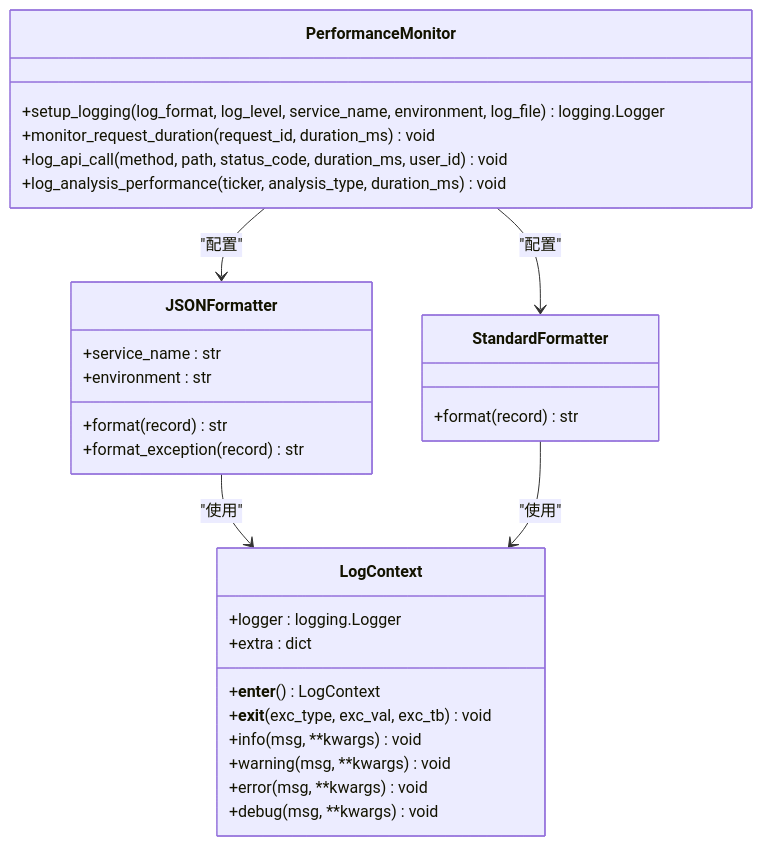
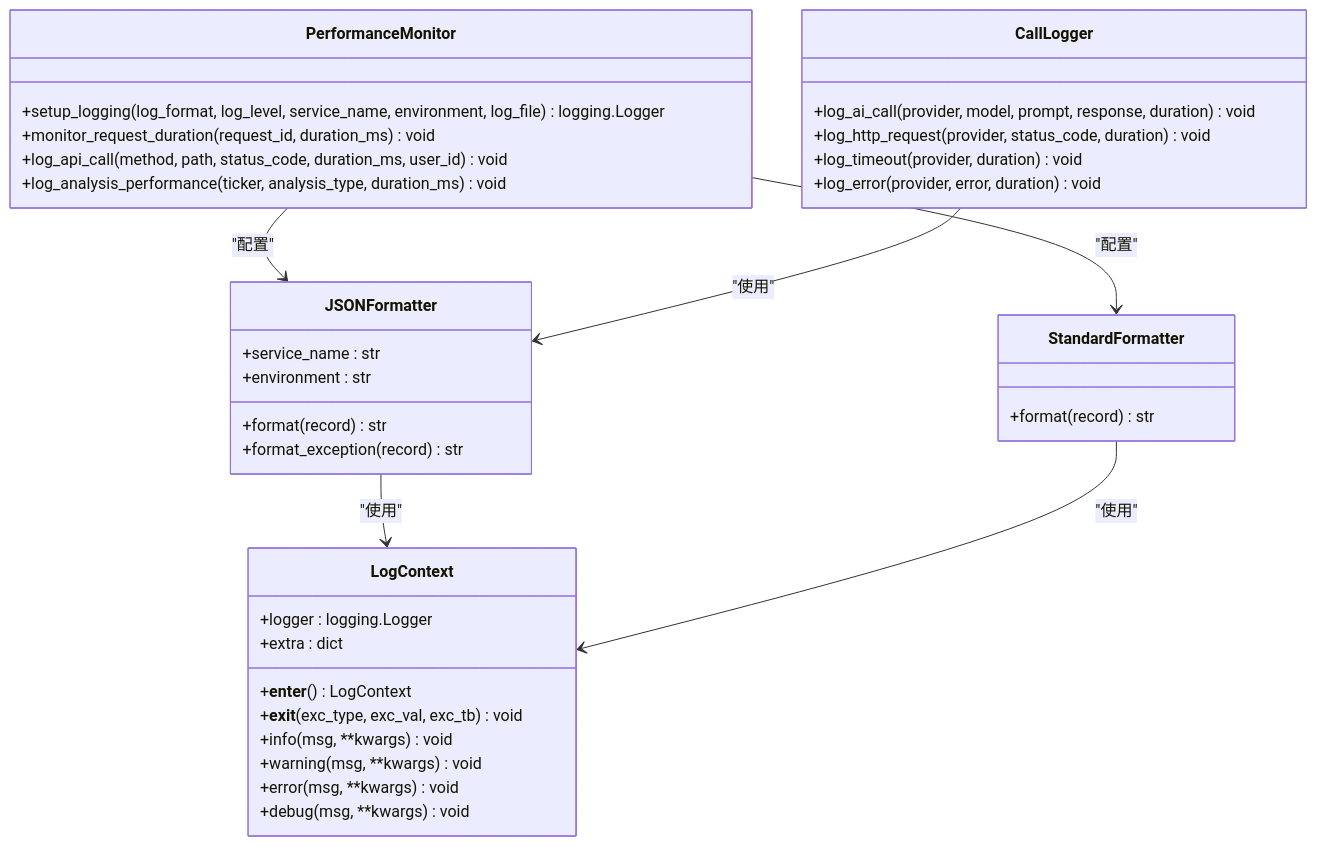
One commit to breeze-lyf/ai-stock-advisor changed diagram 14 of 16 in .qoder/repowiki/zh/content/Enhanced Ai Analysis Service.md. Above: the diagram before and after it, drawn with Mermaid. The commit also changed other lines of this file and 30 other files, not shown here.

Commit message:
feat: Migrate AI model preference from Gemini to DeepSeek-v3, increase AI service timeout, and add stock snapshot API.

````diff
--- a/.qoder/repowiki/zh/content/Enhanced Ai Analysis Service.md
+++ b/.qoder/repowiki/zh/content/Enhanced Ai Analysis Service.md
@@ -733,32 +808,39 @@
 ```mermaid
 classDiagram
 class JSONFormatter {
 +service_name : str
 +environment : str
 +format(record) str
 +format_exception(record) str
 }
 class StandardFormatter {
 +format(record) str
 }
 class LogContext {
 +logger : logging.Logger
 +extra : dict
 +__enter__() LogContext
 +__exit__(exc_type, exc_val, exc_tb) void
 +info(msg, **kwargs) void
 +warning(msg, **kwargs) void
 +error(msg, **kwargs) void
 +debug(msg, **kwargs) void
 }
 class PerformanceMonitor {
 +setup_logging(log_format, log_level, service_name, environment, log_file) logging.Logger
 +monitor_request_duration(request_id, duration_ms) void
 +log_api_call(method, path, status_code, duration_ms, user_id) void
 +log_analysis_performance(ticker, analysis_type, duration_ms) void
 }
+class CallLogger {
++log_ai_call(provider, model, prompt, response, duration) void
++log_http_request(provider, status_code, duration) void
++log_timeout(provider, duration) void
++log_error(provider, error, duration) void
+}
 JSONFormatter --> LogContext : "使用"
 StandardFormatter --> LogContext : "使用"
 PerformanceMonitor --> JSONFormatter : "配置"
 PerformanceMonitor --> StandardFormatter : "配置"
+CallLogger --> JSONFormatter : "使用"
 ```
````
